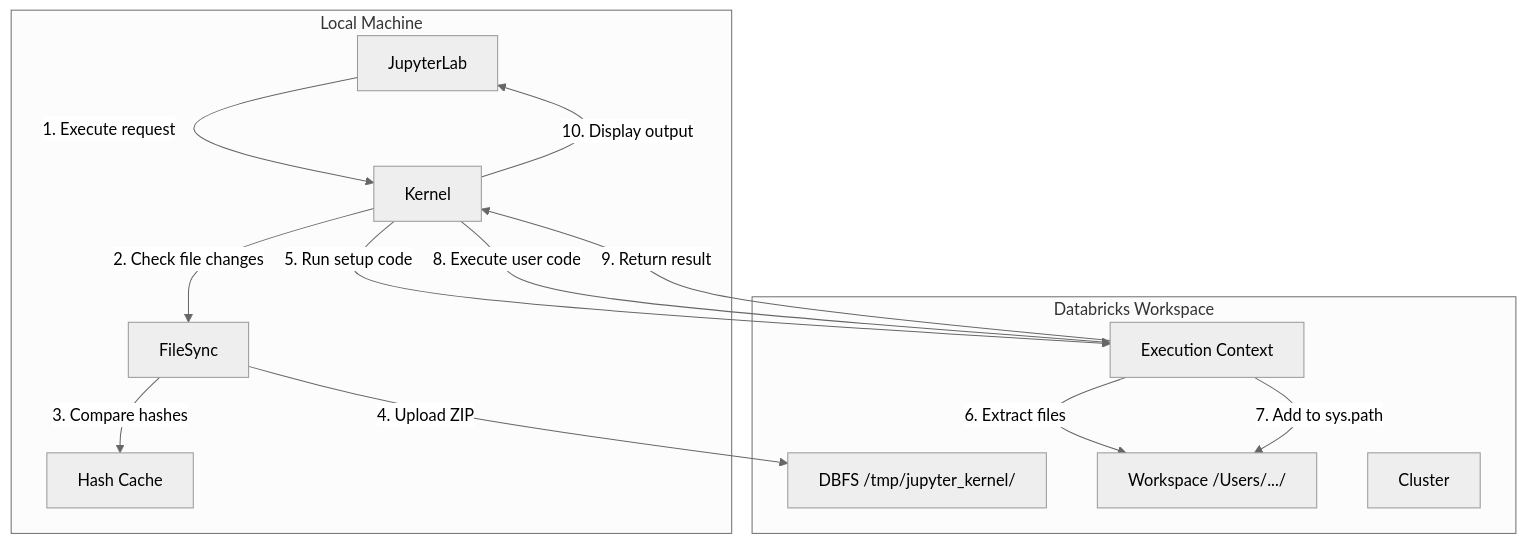
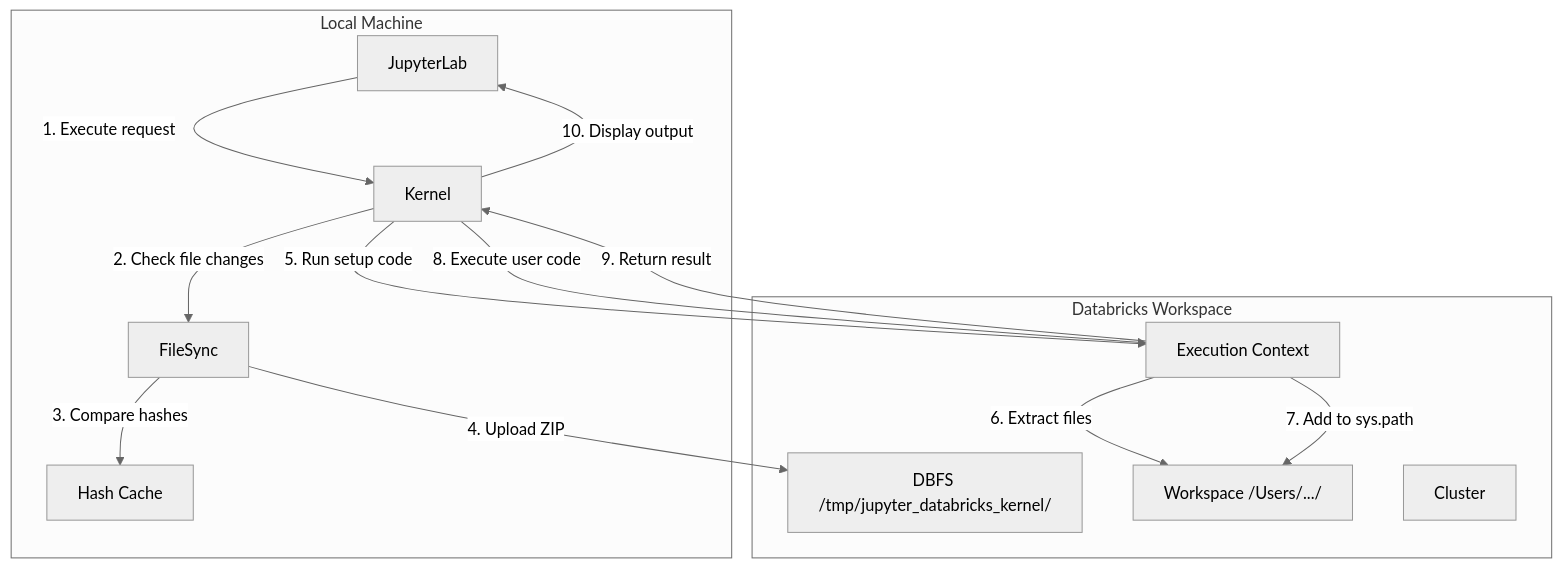
Before and after one commit to i9wa4/jupyter-databricks-session-kernel: the diagram in docs/architecture.md, drawn with Mermaid (neutral theme). The commit also changed other lines of this file and 10 other files, not shown here.

````diff
--- a/docs/architecture.md
+++ b/docs/architecture.md
@@ -65,27 +65,27 @@
 ```mermaid
 flowchart TD
     subgraph Local["Local Machine"]
         JL[JupyterLab]
         K[Kernel]
         FS[FileSync]
         Cache[Hash Cache]
     end
 
     subgraph Databricks["Databricks Workspace"]
-        DBFS[DBFS /tmp/jupyter_kernel/]
+        DBFS[DBFS /tmp/jupyter_databricks_kernel/]
         WS[Workspace /Users/.../]
         CL[Cluster]
         CTX[Execution Context]
     end
 
     JL -->|"1. Execute request"| K
     K -->|"2. Check file changes"| FS
     FS -->|"3. Compare hashes"| Cache
     FS -->|"4. Upload ZIP"| DBFS
     K -->|"5. Run setup code"| CTX
     CTX -->|"6. Extract files"| WS
     CTX -->|"7. Add to sys.path"| WS
     K -->|"8. Execute user code"| CTX
     CTX -->|"9. Return result"| K
     K -->|"10. Display output"| JL
 ```
````
